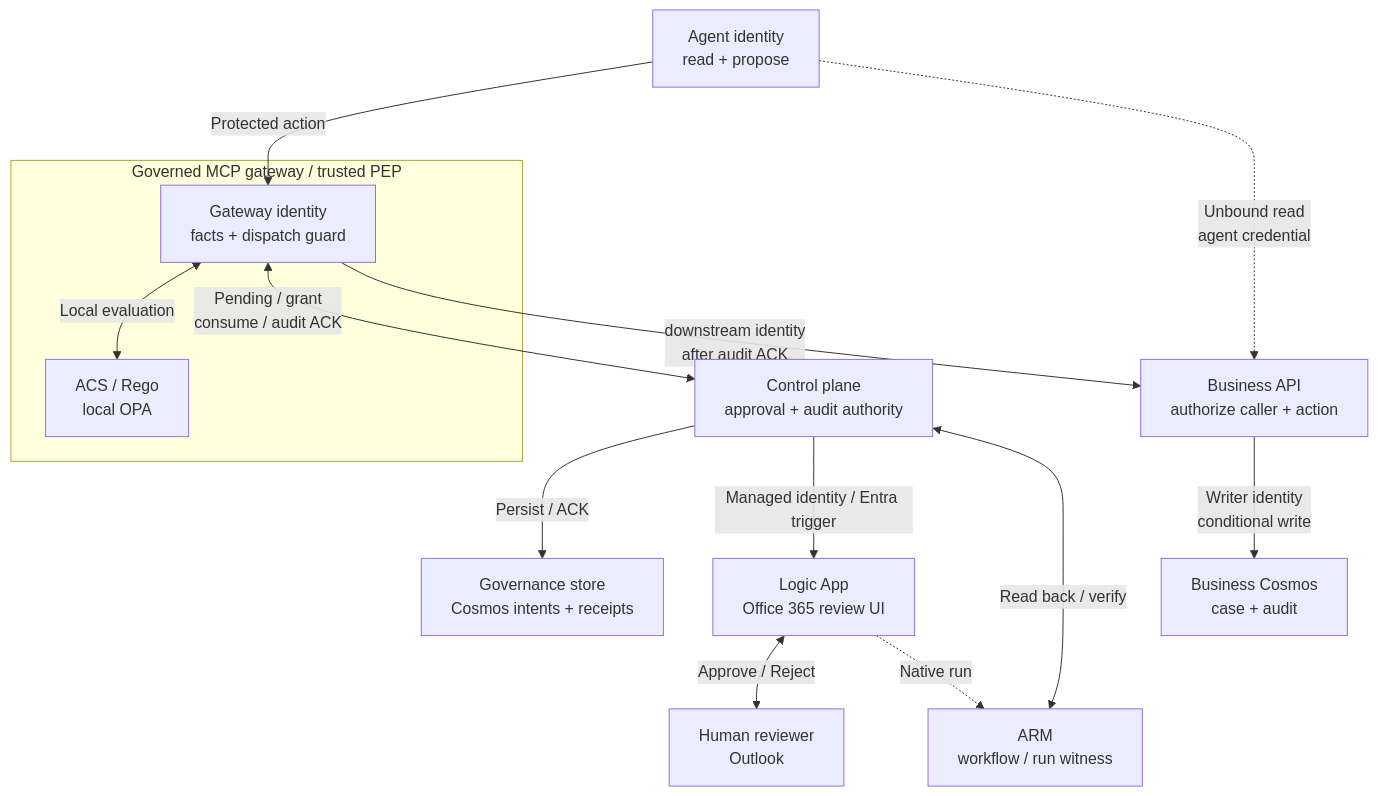
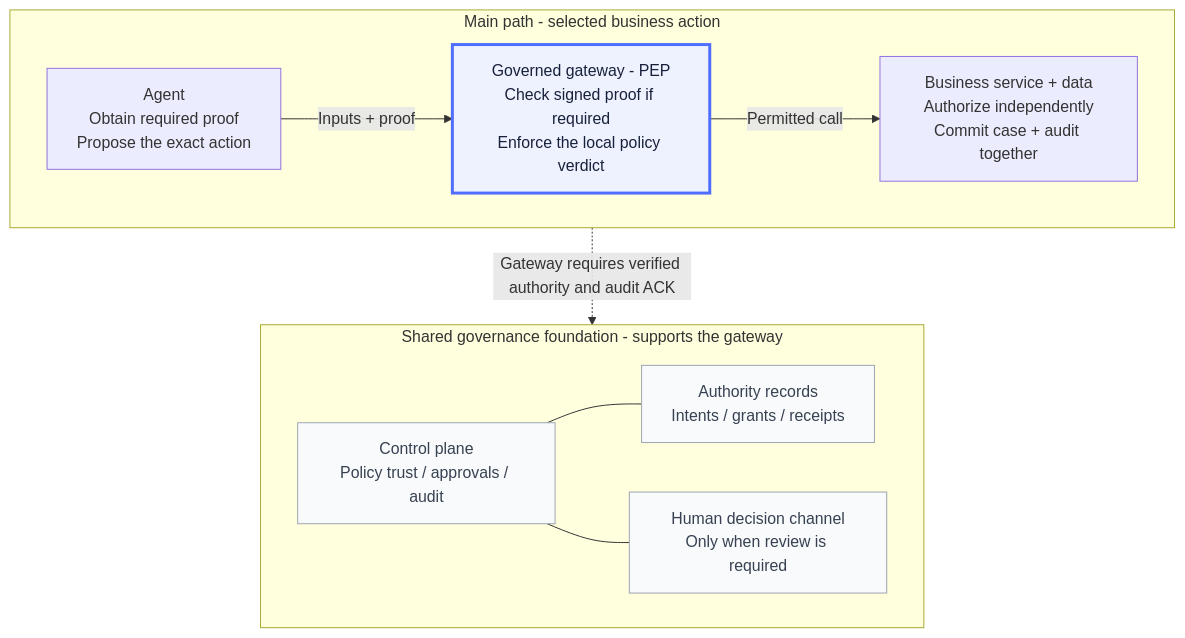
The first of 5 diagrams in docs/agent-governance-deep-dive.md (aiappsgbb/threadlight-skills), drawn with Mermaid before and after one commit. The commit also changed other lines of this file and 16 other files, not shown here.

First line of the commit message:
Clarify gateway hierarchy and signed input-evidence prerequisites

````diff
--- a/docs/agent-governance-deep-dive.md
+++ b/docs/agent-governance-deep-dive.md
@@ -164,26 +203,24 @@
 ```mermaid
 flowchart TB
-    A["Agent identity<br/>read + propose"]
-    subgraph Gateway["Governed MCP gateway / trusted PEP"]
-        G["Gateway identity<br/>facts + dispatch guard"]
-        P["ACS / Rego<br/>local OPA"]
-        G <-->|"Local evaluation"| P
+    subgraph ActionPath["Main path - selected business action"]
+        direction LR
+        A["Agent<br/>Obtain required proof<br/>Propose the exact action"]
+        G["Governed gateway - PEP<br/>Check signed proof if required<br/>Enforce the local policy verdict"]
+        B["Business service + data<br/>Authorize independently<br/>Commit case + audit together"]
+        A -->|"Inputs + proof"| G
+        G -->|"Permitted call"| B
     end
-    C["Control plane<br/>approval + audit authority"]
-    S["Governance store<br/>Cosmos intents + receipts"]
-    L["Logic App<br/>Office 365 review UI"]
-    H["Human reviewer<br/>Outlook"]
-    R["ARM<br/>workflow / run witness"]
-    B["Business API<br/>authorize caller + action"]
-    D["Business Cosmos<br/>case + audit"]
-    A -->|"Protected action"| G
-    A -.->|"Unbound read<br/>agent credential"| B
-    G <-->|"Pending / grant<br/>consume / audit ACK"| C
-    C -->|"Persist / ACK"| S
-    C -->|"Managed identity / Entra trigger"| L
-    L <-->|"Approve / Reject"| H
-    L -.->|"Native run"| R
-    C <-->|"Read back / verify"| R
-    G -->|"downstream identity<br/>after audit ACK"| B
-    B -->|"Writer identity<br/>conditional write"| D
+    subgraph SharedServices["Shared governance foundation - supports the gateway"]
+        direction LR
+        C["Control plane<br/>Policy trust / approvals / audit"]
+        S["Authority records<br/>Intents / grants / receipts"]
+        H["Human decision channel<br/>Only when review is required"]
+        C --- S
+        C --- H
+    end
+    ActionPath -. "Gateway requires verified authority and audit ACK" .-> SharedServices
+    classDef primary fill:#eef2ff,stroke:#4f6dff,stroke-width:3px,color:#18213b
+    classDef support fill:#f8fafc,stroke:#9ca3af,stroke-width:1px,color:#374151
+    class G primary
+    class C,S,H support
 ```
````
